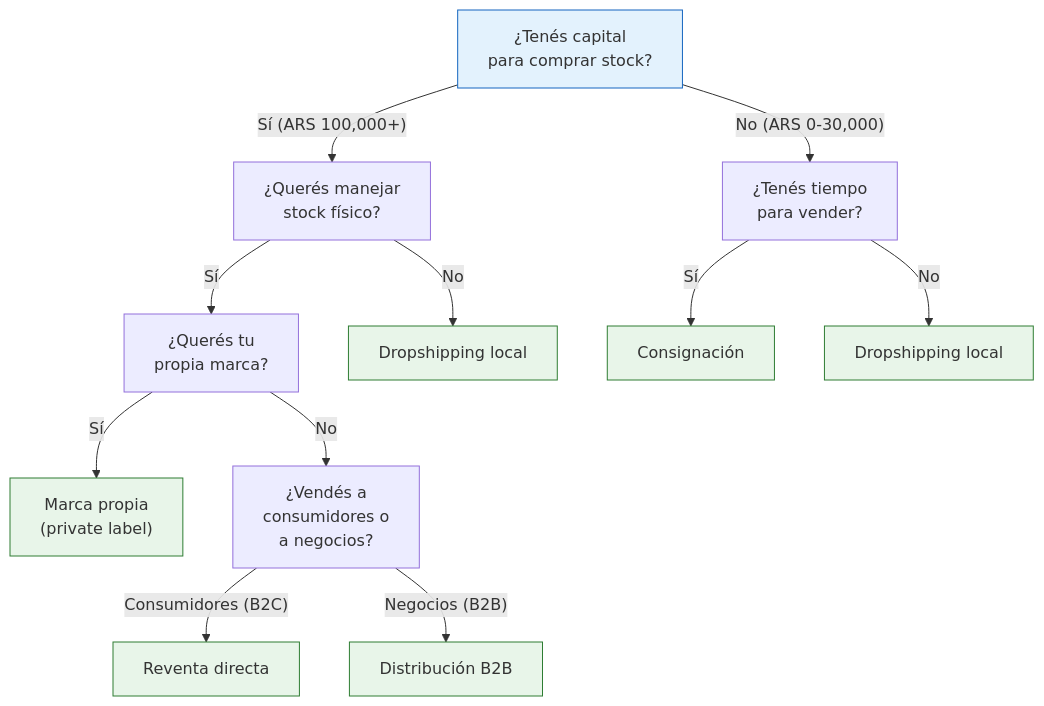
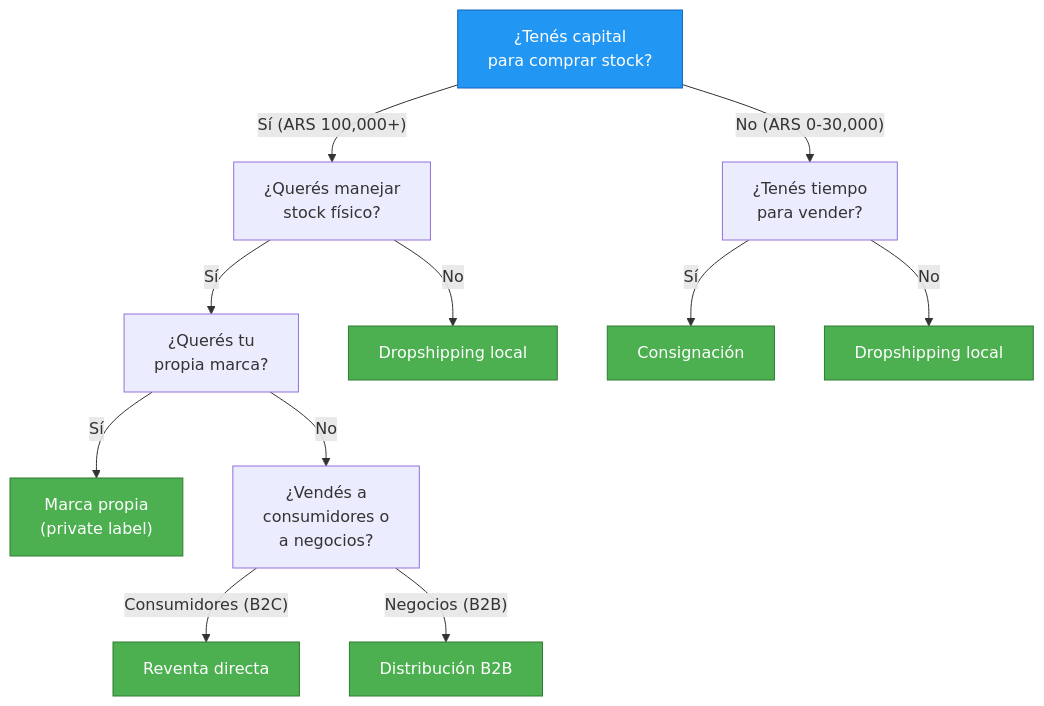
One commit to barrosignacioezequiel-coder/docs changed the first of 2 diagrams in app/paso1-argentina/empezar-de-cero/modelos-negocio-intro.mdx. Above: the diagram before and after it, drawn with Mermaid. The commit also changed other lines of this file and 66 other files, not shown here.

First line of the commit message:
fix: resolve Mermaid v11 numbered list errors + improve contrast

````diff
--- a/app/paso1-argentina/empezar-de-cero/modelos-negocio-intro.mdx
+++ b/app/paso1-argentina/empezar-de-cero/modelos-negocio-intro.mdx
@@ -90,25 +90,25 @@
 ```mermaid
 graph TD
     A["¿Tenés capital<br/>para comprar stock?"] -->|"Sí (ARS 100,000+)"| B["¿Querés manejar<br/>stock físico?"]
     A -->|"No (ARS 0-30,000)"| C["¿Tenés tiempo<br/>para vender?"]
 
     B -->|"Sí"| D["¿Querés tu<br/>propia marca?"]
     B -->|"No"| E["Dropshipping local"]
 
     C -->|"Sí"| F["Consignación"]
     C -->|"No"| G["Dropshipping local"]
 
     D -->|"Sí"| H["Marca propia<br/>(private label)"]
     D -->|"No"| I["¿Vendés a<br/>consumidores o<br/>a negocios?"]
 
     I -->|"Consumidores (B2C)"| J["Reventa directa"]
     I -->|"Negocios (B2B)"| K["Distribución B2B"]
 
-    style A fill:#e3f2fd,stroke:#1565c0
-    style E fill:#e8f5e9,stroke:#2e7d32
-    style F fill:#e8f5e9,stroke:#2e7d32
-    style G fill:#e8f5e9,stroke:#2e7d32
-    style H fill:#e8f5e9,stroke:#2e7d32
-    style J fill:#e8f5e9,stroke:#2e7d32
-    style K fill:#e8f5e9,stroke:#2e7d32
+    style A fill:#2196f3,stroke:#1565c0,color:#fff
+    style E fill:#4caf50,stroke:#2e7d32,color:#fff
+    style F fill:#4caf50,stroke:#2e7d32,color:#fff
+    style G fill:#4caf50,stroke:#2e7d32,color:#fff
+    style H fill:#4caf50,stroke:#2e7d32,color:#fff
+    style J fill:#4caf50,stroke:#2e7d32,color:#fff
+    style K fill:#4caf50,stroke:#2e7d32,color:#fff
 ```
````
